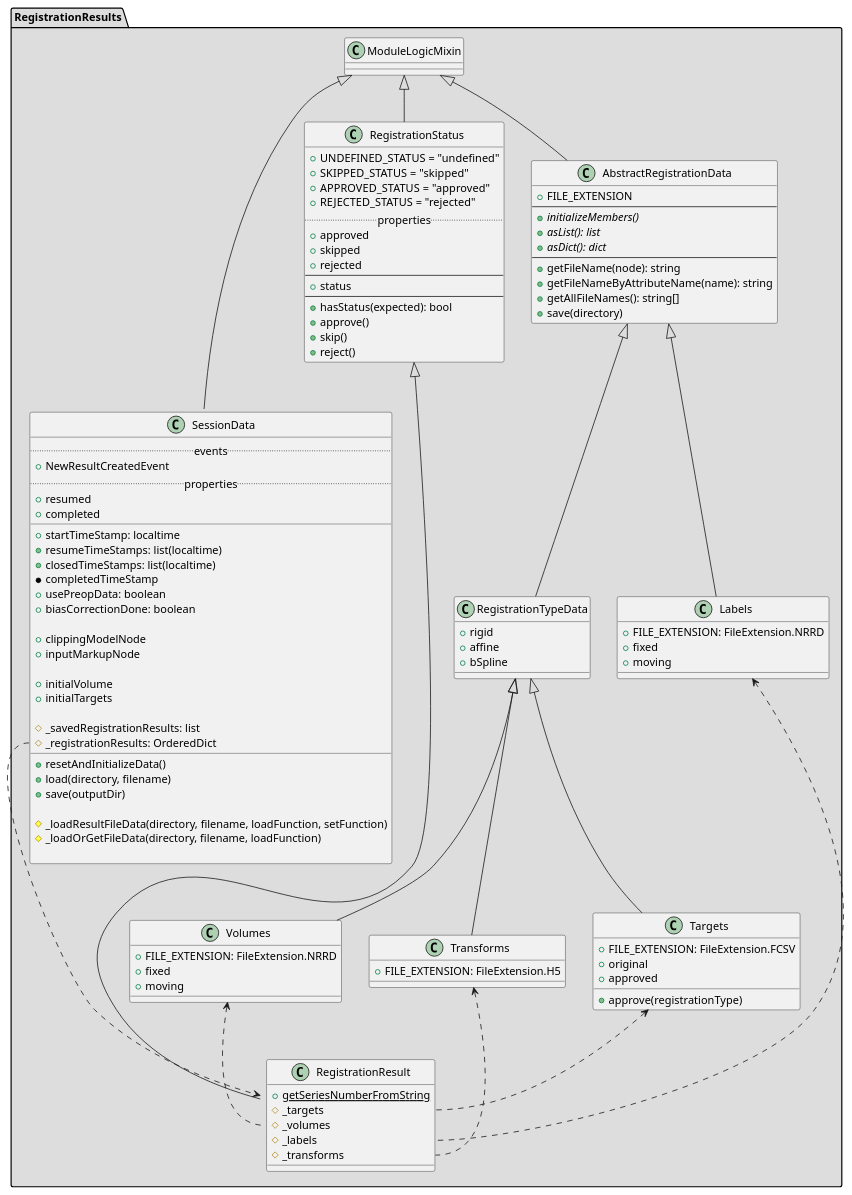
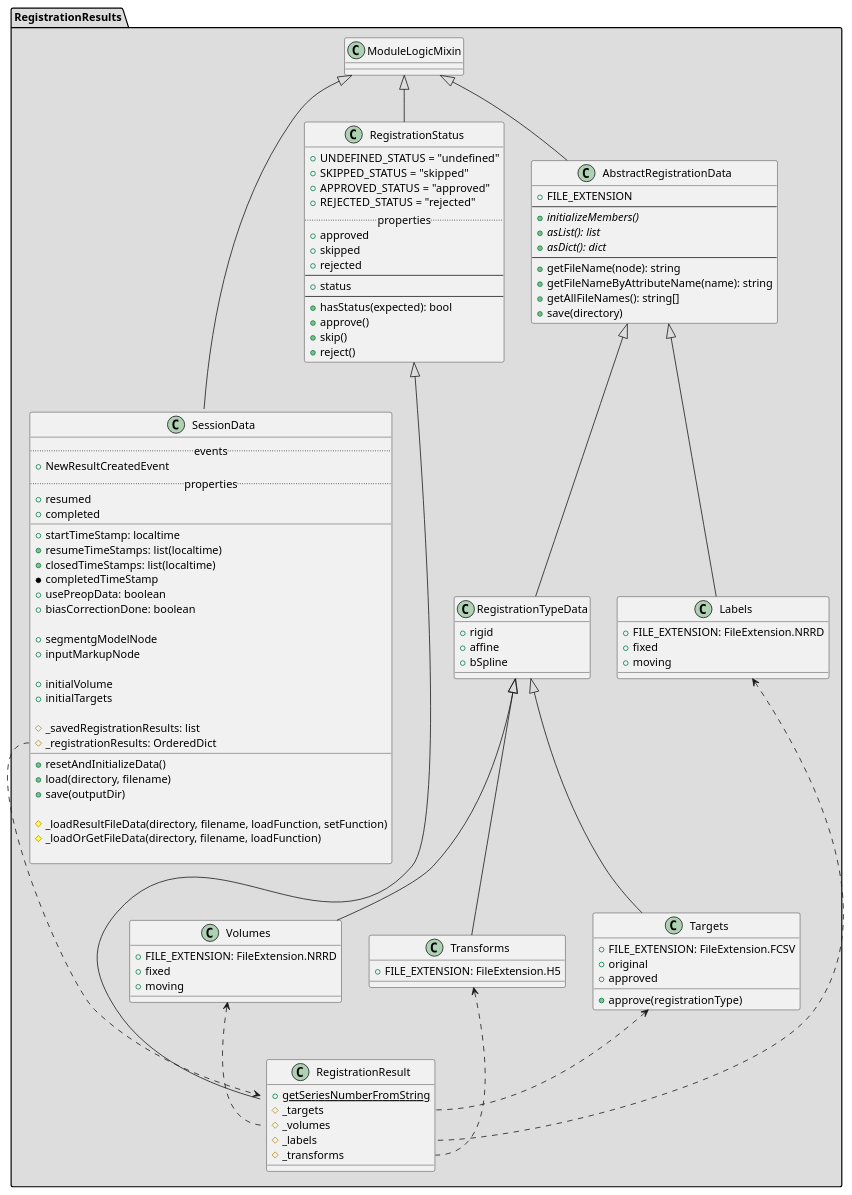
One commit to SlicerProstate/SliceTracker changed the diagram in puml/RegistrationResults.puml. Above: the diagram before and after it, drawn with PlantUML. The commit also changed 7 other files, not shown here.

```diff
--- a/puml/RegistrationResults.puml
+++ b/puml/RegistrationResults.puml
@@ -1,128 +1,128 @@
 @startuml
 
 package "RegistrationResults" #DDDDDD {
 
   class SessionData {
     .. events ..
     + NewResultCreatedEvent
     .. properties ..
     + resumed
     + completed
     __
     + startTimeStamp: localtime
     + resumeTimeStamps: list(localtime)
     + closedTimeStamps: list(localtime)
     * completedTimeStamp
     + usePreopData: boolean
     + biasCorrectionDone: boolean
 
-    + clippingModelNode
+    + segmentgModelNode
     + inputMarkupNode
 
     + initialVolume
     + initialTargets
 
     # _savedRegistrationResults: list
     # _registrationResults: OrderedDict
     __
     + resetAndInitializeData()
     + load(directory, filename)
     + save(outputDir)
 
     # _loadResultFileData(directory, filename, loadFunction, setFunction)
     # _loadOrGetFileData(directory, filename, loadFunction)
 
   }
 
   ModuleLogicMixin <|-- SessionData
 
   class RegistrationStatus {
     + UNDEFINED_STATUS = "undefined"
     + SKIPPED_STATUS = "skipped"
     + APPROVED_STATUS = "approved"
     + REJECTED_STATUS = "rejected"
     .. properties ..
     + approved
     + skipped
     + rejected
     --
     + status
     --
     + hasStatus(expected): bool
     + approve()
     + skip()
     + reject()
   }
 
   ModuleLogicMixin <|-- RegistrationStatus
 
 
   class RegistrationResult {
     + {static} getSeriesNumberFromString
     # _targets
     # _volumes
     # _labels
     # _transforms
   }
 
   RegistrationStatus <|-- RegistrationResult
 
   class AbstractRegistrationData {
     + FILE_EXTENSION
     --
     + {abstract} initializeMembers()
     + {abstract} asList(): list
     + {abstract} asDict(): dict
     --
     + getFileName(node): string
     + getFileNameByAttributeName(name): string
     + getAllFileNames(): string[]
     + save(directory)
   }
 
   ModuleLogicMixin <|-- AbstractRegistrationData
   AbstractRegistrationData <|-- RegistrationTypeData
 
   class RegistrationTypeData {
     + rigid
     + affine
     + bSpline
   }
 
   class Labels {
     + FILE_EXTENSION: FileExtension.NRRD
     + fixed
     + moving
   }
 
   class Volumes {
     + FILE_EXTENSION: FileExtension.NRRD
     + fixed
     + moving
   }
 
   class Transforms {
     + FILE_EXTENSION: FileExtension.H5
   }
 
   class Targets {
     + FILE_EXTENSION: FileExtension.FCSV
     + original
     + approved
     + approve(registrationType)
   }
 
   AbstractRegistrationData <|-- Labels
   RegistrationTypeData <|-- Volumes
   RegistrationTypeData <|-- Transforms
   RegistrationTypeData <|-- Targets
 
   Volumes <.. RegistrationResult::_volumes
   Targets <.. RegistrationResult::_targets
   Labels <.. RegistrationResult::_labels
   Transforms <.. RegistrationResult::_transforms
 
   SessionData::_registrationResults ..> RegistrationResult
 }
 
 @enduml
```
